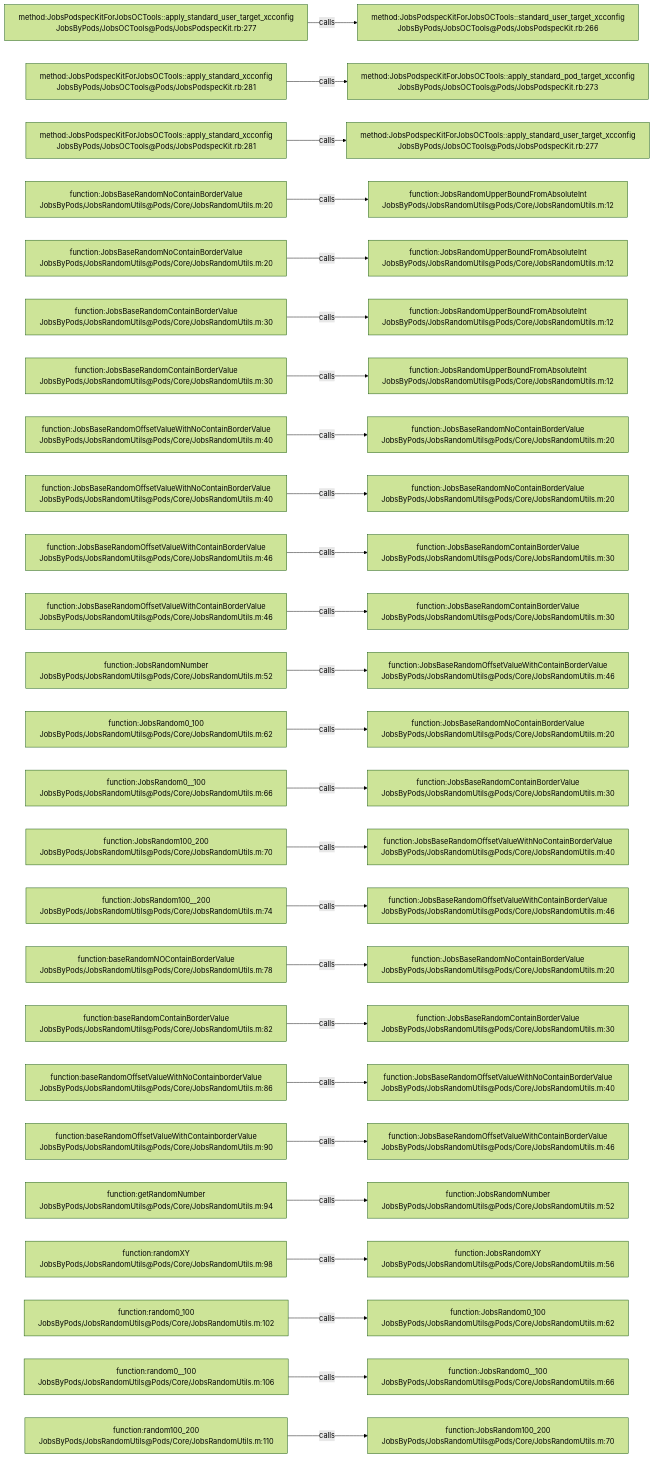
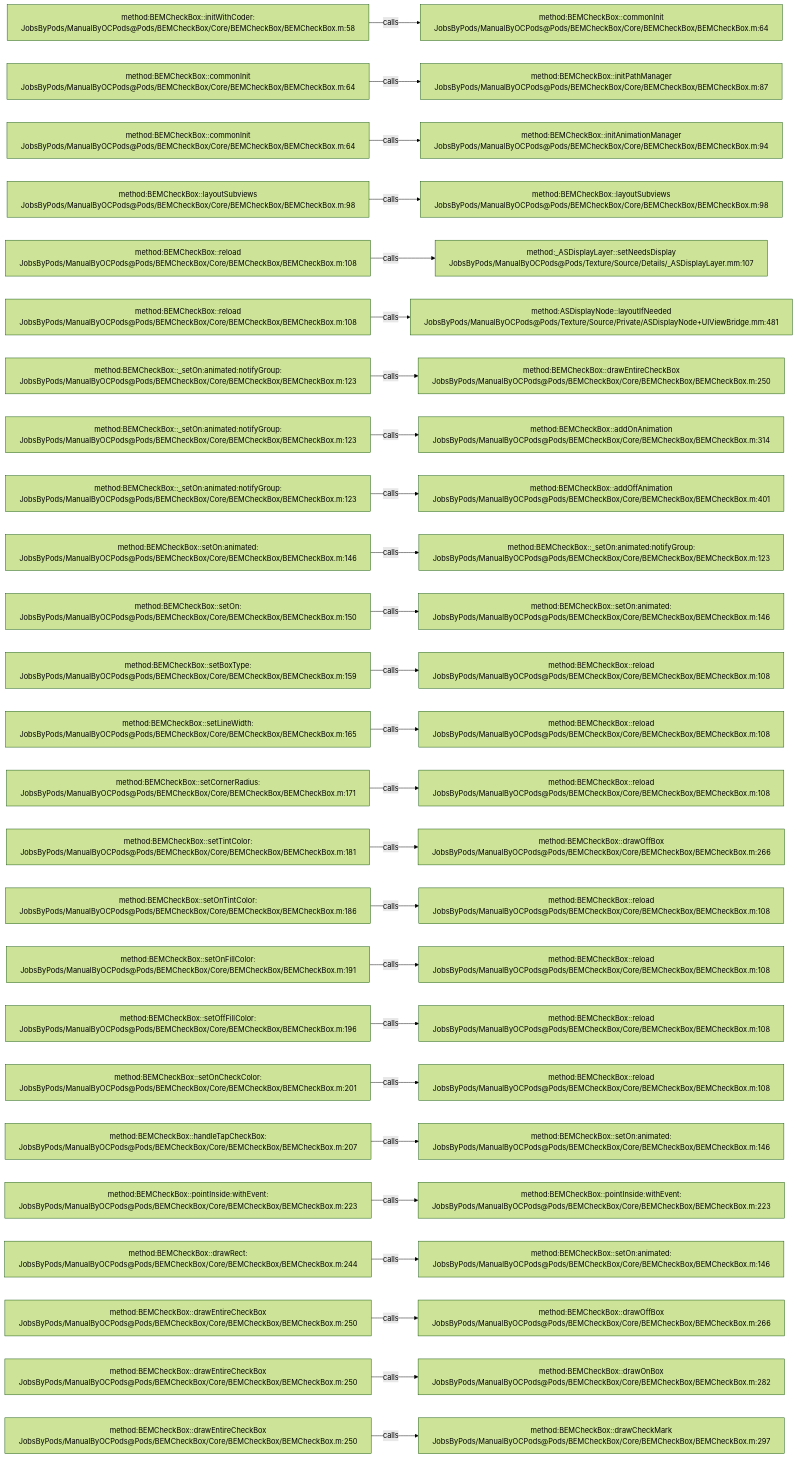
One commit to JobsKits/JobsOCBaseConfigDemo changed the diagram in .codegraph/codegraph.md/graphs/calls-014.md. Above: the diagram before and after it, drawn with Mermaid (forest theme). The commit also changed 1353 other files, not shown here.

````diff
--- a/.codegraph/codegraph.md/graphs/calls-014.md
+++ b/.codegraph/codegraph.md/graphs/calls-014.md
@@ -13,78 +13,78 @@
 ```mermaid
 flowchart LR
-  S1["method:JobsPodspecKitForJobsOCTools::apply_standard_user_target_xcconfig<br/>JobsByPods/JobsOCTools@Pods/JobsPodspecKit.rb:277"]
-  T1["method:JobsPodspecKitForJobsOCTools::standard_user_target_xcconfig<br/>JobsByPods/JobsOCTools@Pods/JobsPodspecKit.rb:266"]
+  S1["method:BEMCheckBox::initWithCoder:<br/>JobsByPods/ManualByOCPods@Pods/BEMCheckBox/Core/BEMCheckBox/BEMCheckBox.m:58"]
+  T1["method:BEMCheckBox::commonInit<br/>JobsByPods/ManualByOCPods@Pods/BEMCheckBox/Core/BEMCheckBox/BEMCheckBox.m:64"]
   S1 -->|calls| T1
-  S2["method:JobsPodspecKitForJobsOCTools::apply_standard_xcconfig<br/>JobsByPods/JobsOCTools@Pods/JobsPodspecKit.rb:281"]
-  T2["method:JobsPodspecKitForJobsOCTools::apply_standard_pod_target_xcconfig<br/>JobsByPods/JobsOCTools@Pods/JobsPodspecKit.rb:273"]
+  S2["method:BEMCheckBox::commonInit<br/>JobsByPods/ManualByOCPods@Pods/BEMCheckBox/Core/BEMCheckBox/BEMCheckBox.m:64"]
+  T2["method:BEMCheckBox::initPathManager<br/>JobsByPods/ManualByOCPods@Pods/BEMCheckBox/Core/BEMCheckBox/BEMCheckBox.m:87"]
   S2 -->|calls| T2
-  S3["method:JobsPodspecKitForJobsOCTools::apply_standard_xcconfig<br/>JobsByPods/JobsOCTools@Pods/JobsPodspecKit.rb:281"]
-  T3["method:JobsPodspecKitForJobsOCTools::apply_standard_user_target_xcconfig<br/>JobsByPods/JobsOCTools@Pods/JobsPodspecKit.rb:277"]
+  S3["method:BEMCheckBox::commonInit<br/>JobsByPods/ManualByOCPods@Pods/BEMCheckBox/Core/BEMCheckBox/BEMCheckBox.m:64"]
+  T3["method:BEMCheckBox::initAnimationManager<br/>JobsByPods/ManualByOCPods@Pods/BEMCheckBox/Core/BEMCheckBox/BEMCheckBox.m:94"]
   S3 -->|calls| T3
-  S4["function:JobsBaseRandomNoContainBorderValue<br/>JobsByPods/JobsRandomUtils@Pods/Core/JobsRandomUtils.m:20"]
-  T4["function:JobsRandomUpperBoundFromAbsoluteInt<br/>JobsByPods/JobsRandomUtils@Pods/Core/JobsRandomUtils.m:12"]
+  S4["method:BEMCheckBox::layoutSubviews<br/>JobsByPods/ManualByOCPods@Pods/BEMCheckBox/Core/BEMCheckBox/BEMCheckBox.m:98"]
+  T4["method:BEMCheckBox::layoutSubviews<br/>JobsByPods/ManualByOCPods@Pods/BEMCheckBox/Core/BEMCheckBox/BEMCheckBox.m:98"]
   S4 -->|calls| T4
-  S5["function:JobsBaseRandomNoContainBorderValue<br/>JobsByPods/JobsRandomUtils@Pods/Core/JobsRandomUtils.m:20"]
-  T5["function:JobsRandomUpperBoundFromAbsoluteInt<br/>JobsByPods/JobsRandomUtils@Pods/Core/JobsRandomUtils.m:12"]
+  S5["method:BEMCheckBox::reload<br/>JobsByPods/ManualByOCPods@Pods/BEMCheckBox/Core/BEMCheckBox/BEMCheckBox.m:108"]
+  T5["method:_ASDisplayLayer::setNeedsDisplay<br/>JobsByPods/ManualByOCPods@Pods/Texture/Source/Details/_ASDisplayLayer.mm:107"]
   S5 -->|calls| T5
-  S6["function:JobsBaseRandomContainBorderValue<br/>JobsByPods/JobsRandomUtils@Pods/Core/JobsRandomUtils.m:30"]
-  T6["function:JobsRandomUpperBoundFromAbsoluteInt<br/>JobsByPods/JobsRandomUtils@Pods/Core/JobsRandomUtils.m:12"]
+  S6["method:BEMCheckBox::reload<br/>JobsByPods/ManualByOCPods@Pods/BEMCheckBox/Core/BEMCheckBox/BEMCheckBox.m:108"]
+  T6["method:ASDisplayNode::layoutIfNeeded<br/>JobsByPods/ManualByOCPods@Pods/Texture/Source/Private/ASDisplayNode+UIViewBridge.mm:481"]
   S6 -->|calls| T6
-  S7["function:JobsBaseRandomContainBorderValue<br/>JobsByPods/JobsRandomUtils@Pods/Core/JobsRandomUtils.m:30"]
-  T7["function:JobsRandomUpperBoundFromAbsoluteInt<br/>JobsByPods/JobsRandomUtils@Pods/Core/JobsRandomUtils.m:12"]
+  S7["method:BEMCheckBox::_setOn:animated:notifyGroup:<br/>JobsByPods/ManualByOCPods@Pods/BEMCheckBox/Core/BEMCheckBox/BEMCheckBox.m:123"]
+  T7["method:BEMCheckBox::drawEntireCheckBox<br/>JobsByPods/ManualByOCPods@Pods/BEMCheckBox/Core/BEMCheckBox/BEMCheckBox.m:250"]
   S7 -->|calls| T7
-  S8["function:JobsBaseRandomOffsetValueWithNoContainBorderValue<br/>JobsByPods/JobsRandomUtils@Pods/Core/JobsRandomUtils.m:40"]
-  T8["function:JobsBaseRandomNoContainBorderValue<br/>JobsByPods/JobsRandomUtils@Pods/Core/JobsRandomUtils.m:20"]
+  S8["method:BEMCheckBox::_setOn:animated:notifyGroup:<br/>JobsByPods/ManualByOCPods@Pods/BEMCheckBox/Core/BEMCheckBox/BEMCheckBox.m:123"]
+  T8["method:BEMCheckBox::addOnAnimation<br/>JobsByPods/ManualByOCPods@Pods/BEMCheckBox/Core/BEMCheckBox/BEMCheckBox.m:314"]
   S8 -->|calls| T8
-  S9["function:JobsBaseRandomOffsetValueWithNoContainBorderValue<br/>JobsByPods/JobsRandomUtils@Pods/Core/JobsRandomUtils.m:40"]
-  T9["function:JobsBaseRandomNoContainBorderValue<br/>JobsByPods/JobsRandomUtils@Pods/Core/JobsRandomUtils.m:20"]
+  S9["method:BEMCheckBox::_setOn:animated:notifyGroup:<br/>JobsByPods/ManualByOCPods@Pods/BEMCheckBox/Core/BEMCheckBox/BEMCheckBox.m:123"]
+  T9["method:BEMCheckBox::addOffAnimation<br/>JobsByPods/ManualByOCPods@Pods/BEMCheckBox/Core/BEMCheckBox/BEMCheckBox.m:401"]
   S9 -->|calls| T9
-  S10["function:JobsBaseRandomOffsetValueWithContainBorderValue<br/>JobsByPods/JobsRandomUtils@Pods/Core/JobsRandomUtils.m:46"]
-  T10["function:JobsBaseRandomContainBorderValue<br/>JobsByPods/JobsRandomUtils@Pods/Core/JobsRandomUtils.m:30"]
+  S10["method:BEMCheckBox::setOn:animated:<br/>JobsByPods/ManualByOCPods@Pods/BEMCheckBox/Core/BEMCheckBox/BEMCheckBox.m:146"]
+  T10["method:BEMCheckBox::_setOn:animated:notifyGroup:<br/>JobsByPods/ManualByOCPods@Pods/BEMCheckBox/Core/BEMCheckBox/BEMCheckBox.m:123"]
   S10 -->|calls| T10
-  S11["function:JobsBaseRandomOffsetValueWithContainBorderValue<br/>JobsByPods/JobsRandomUtils@Pods/Core/JobsRandomUtils.m:46"]
-  T11["function:JobsBaseRandomContainBorderValue<br/>JobsByPods/JobsRandomUtils@Pods/Core/JobsRandomUtils.m:30"]
+  S11["method:BEMCheckBox::setOn:<br/>JobsByPods/ManualByOCPods@Pods/BEMCheckBox/Core/BEMCheckBox/BEMCheckBox.m:150"]
+  T11["method:BEMCheckBox::setOn:animated:<br/>JobsByPods/ManualByOCPods@Pods/BEMCheckBox/Core/BEMCheckBox/BEMCheckBox.m:146"]
   S11 -->|calls| T11
-  S12["function:JobsRandomNumber<br/>JobsByPods/JobsRandomUtils@Pods/Core/JobsRandomUtils.m:52"]
-  T12["function:JobsBaseRandomOffsetValueWithContainBorderValue<br/>JobsByPods/JobsRandomUtils@Pods/Core/JobsRandomUtils.m:46"]
+  S12["method:BEMCheckBox::setBoxType:<br/>JobsByPods/ManualByOCPods@Pods/BEMCheckBox/Core/BEMCheckBox/BEMCheckBox.m:159"]
+  T12["method:BEMCheckBox::reload<br/>JobsByPods/ManualByOCPods@Pods/BEMCheckBox/Core/BEMCheckBox/BEMCheckBox.m:108"]
   S12 -->|calls| T12
-  S13["function:JobsRandom0_100<br/>JobsByPods/JobsRandomUtils@Pods/Core/JobsRandomUtils.m:62"]
-  T13["function:JobsBaseRandomNoContainBorderValue<br/>JobsByPods/JobsRandomUtils@Pods/Core/JobsRandomUtils.m:20"]
+  S13["method:BEMCheckBox::setLineWidth:<br/>JobsByPods/ManualByOCPods@Pods/BEMCheckBox/Core/BEMCheckBox/BEMCheckBox.m:165"]
+  T13["method:BEMCheckBox::reload<br/>JobsByPods/ManualByOCPods@Pods/BEMCheckBox/Core/BEMCheckBox/BEMCheckBox.m:108"]
   S13 -->|calls| T13
-  S14["function:JobsRandom0__100<br/>JobsByPods/JobsRandomUtils@Pods/Core/JobsRandomUtils.m:66"]
-  T14["function:JobsBaseRandomContainBorderValue<br/>JobsByPods/JobsRandomUtils@Pods/Core/JobsRandomUtils.m:30"]
+  S14["method:BEMCheckBox::setCornerRadius:<br/>JobsByPods/ManualByOCPods@Pods/BEMCheckBox/Core/BEMCheckBox/BEMCheckBox.m:171"]
+  T14["method:BEMCheckBox::reload<br/>JobsByPods/ManualByOCPods@Pods/BEMCheckBox/Core/BEMCheckBox/BEMCheckBox.m:108"]
   S14 -->|calls| T14
-  S15["function:JobsRandom100_200<br/>JobsByPods/JobsRandomUtils@Pods/Core/JobsRandomUtils.m:70"]
-  T15["function:JobsBaseRandomOffsetValueWithNoContainBorderValue<br/>JobsByPods/JobsRandomUtils@Pods/Core/JobsRandomUtils.m:40"]
+  S15["method:BEMCheckBox::setTintColor:<br/>JobsByPods/ManualByOCPods@Pods/BEMCheckBox/Core/BEMCheckBox/BEMCheckBox.m:181"]
+  T15["method:BEMCheckBox::drawOffBox<br/>JobsByPods/ManualByOCPods@Pods/BEMCheckBox/Core/BEMCheckBox/BEMCheckBox.m:266"]
   S15 -->|calls| T15
-  S16["function:JobsRandom100__200<br/>JobsByPods/JobsRandomUtils@Pods/Core/JobsRandomUtils.m:74"]
-  T16["function:JobsBaseRandomOffsetValueWithContainBorderValue<br/>JobsByPods/JobsRandomUtils@Pods/Core/JobsRandomUtils.m:46"]
+  S16["method:BEMCheckBox::setOnTintColor:<br/>JobsByPods/ManualByOCPods@Pods/BEMCheckBox/Core/BEMCheckBox/BEMCheckBox.m:186"]
+  T16["method:BEMCheckBox::reload<br/>JobsByPods/ManualByOCPods@Pods/BEMCheckBox/Core/BEMCheckBox/BEMCheckBox.m:108"]
   S16 -->|calls| T16
-  S17["function:baseRandomNOContainBorderValue<br/>JobsByPods/JobsRandomUtils@Pods/Core/JobsRandomUtils.m:78"]
-  T17["function:JobsBaseRandomNoContainBorderValue<br/>JobsByPods/JobsRandomUtils@Pods/Core/JobsRandomUtils.m:20"]
+  S17["method:BEMCheckBox::setOnFillColor:<br/>JobsByPods/ManualByOCPods@Pods/BEMCheckBox/Core/BEMCheckBox/BEMCheckBox.m:191"]
+  T17["method:BEMCheckBox::reload<br/>JobsByPods/ManualByOCPods@Pods/BEMCheckBox/Core/BEMCheckBox/BEMCheckBox.m:108"]
   S17 -->|calls| T17
-  S18["function:baseRandomContainBorderValue<br/>JobsByPods/JobsRandomUtils@Pods/Core/JobsRandomUtils.m:82"]
-  T18["function:JobsBaseRandomContainBorderValue<br/>JobsByPods/JobsRandomUtils@Pods/Core/JobsRandomUtils.m:30"]
+  S18["method:BEMCheckBox::setOffFillColor:<br/>JobsByPods/ManualByOCPods@Pods/BEMCheckBox/Core/BEMCheckBox/BEMCheckBox.m:196"]
+  T18["method:BEMCheckBox::reload<br/>JobsByPods/ManualByOCPods@Pods/BEMCheckBox/Core/BEMCheckBox/BEMCheckBox.m:108"]
   S18 -->|calls| T18
-  S19["function:baseRandomOffsetValueWithNoContainborderValue<br/>JobsByPods/JobsRandomUtils@Pods/Core/JobsRandomUtils.m:86"]
-  T19["function:JobsBaseRandomOffsetValueWithNoContainBorderValue<br/>JobsByPods/JobsRandomUtils@Pods/Core/JobsRandomUtils.m:40"]
+  S19["method:BEMCheckBox::setOnCheckColor:<br/>JobsByPods/ManualByOCPods@Pods/BEMCheckBox/Core/BEMCheckBox/BEMCheckBox.m:201"]
+  T19["method:BEMCheckBox::reload<br/>JobsByPods/ManualByOCPods@Pods/BEMCheckBox/Core/BEMCheckBox/BEMCheckBox.m:108"]
   S19 -->|calls| T19
-  S20["function:baseRandomOffsetValueWithContainborderValue<br/>JobsByPods/JobsRandomUtils@Pods/Core/JobsRandomUtils.m:90"]
-  T20["function:JobsBaseRandomOffsetValueWithContainBorderValue<br/>JobsByPods/JobsRandomUtils@Pods/Core/JobsRandomUtils.m:46"]
+  S20["method:BEMCheckBox::handleTapCheckBox:<br/>JobsByPods/ManualByOCPods@Pods/BEMCheckBox/Core/BEMCheckBox/BEMCheckBox.m:207"]
+  T20["method:BEMCheckBox::setOn:animated:<br/>JobsByPods/ManualByOCPods@Pods/BEMCheckBox/Core/BEMCheckBox/BEMCheckBox.m:146"]
   S20 -->|calls| T20
-  S21["function:getRandomNumber<br/>JobsByPods/JobsRandomUtils@Pods/Core/JobsRandomUtils.m:94"]
-  T21["function:JobsRandomNumber<br/>JobsByPods/JobsRandomUtils@Pods/Core/JobsRandomUtils.m:52"]
+  S21["method:BEMCheckBox::pointInside:withEvent:<br/>JobsByPods/ManualByOCPods@Pods/BEMCheckBox/Core/BEMCheckBox/BEMCheckBox.m:223"]
+  T21["method:BEMCheckBox::pointInside:withEvent:<br/>JobsByPods/ManualByOCPods@Pods/BEMCheckBox/Core/BEMCheckBox/BEMCheckBox.m:223"]
   S21 -->|calls| T21
-  S22["function:randomXY<br/>JobsByPods/JobsRandomUtils@Pods/Core/JobsRandomUtils.m:98"]
-  T22["function:JobsRandomXY<br/>JobsByPods/JobsRandomUtils@Pods/Core/JobsRandomUtils.m:56"]
+  S22["method:BEMCheckBox::drawRect:<br/>JobsByPods/ManualByOCPods@Pods/BEMCheckBox/Core/BEMCheckBox/BEMCheckBox.m:244"]
+  T22["method:BEMCheckBox::setOn:animated:<br/>JobsByPods/ManualByOCPods@Pods/BEMCheckBox/Core/BEMCheckBox/BEMCheckBox.m:146"]
   S22 -->|calls| T22
-  S23["function:random0_100<br/>JobsByPods/JobsRandomUtils@Pods/Core/JobsRandomUtils.m:102"]
-  T23["function:JobsRandom0_100<br/>JobsByPods/JobsRandomUtils@Pods/Core/JobsRandomUtils.m:62"]
+  S23["method:BEMCheckBox::drawEntireCheckBox<br/>JobsByPods/ManualByOCPods@Pods/BEMCheckBox/Core/BEMCheckBox/BEMCheckBox.m:250"]
+  T23["method:BEMCheckBox::drawOffBox<br/>JobsByPods/ManualByOCPods@Pods/BEMCheckBox/Core/BEMCheckBox/BEMCheckBox.m:266"]
   S23 -->|calls| T23
-  S24["function:random0__100<br/>JobsByPods/JobsRandomUtils@Pods/Core/JobsRandomUtils.m:106"]
-  T24["function:JobsRandom0__100<br/>JobsByPods/JobsRandomUtils@Pods/Core/JobsRandomUtils.m:66"]
+  S24["method:BEMCheckBox::drawEntireCheckBox<br/>JobsByPods/ManualByOCPods@Pods/BEMCheckBox/Core/BEMCheckBox/BEMCheckBox.m:250"]
+  T24["method:BEMCheckBox::drawOnBox<br/>JobsByPods/ManualByOCPods@Pods/BEMCheckBox/Core/BEMCheckBox/BEMCheckBox.m:282"]
   S24 -->|calls| T24
-  S25["function:random100_200<br/>JobsByPods/JobsRandomUtils@Pods/Core/JobsRandomUtils.m:110"]
-  T25["function:JobsRandom100_200<br/>JobsByPods/JobsRandomUtils@Pods/Core/JobsRandomUtils.m:70"]
+  S25["method:BEMCheckBox::drawEntireCheckBox<br/>JobsByPods/ManualByOCPods@Pods/BEMCheckBox/Core/BEMCheckBox/BEMCheckBox.m:250"]
+  T25["method:BEMCheckBox::drawCheckMark<br/>JobsByPods/ManualByOCPods@Pods/BEMCheckBox/Core/BEMCheckBox/BEMCheckBox.m:297"]
   S25 -->|calls| T25
 ```
````
